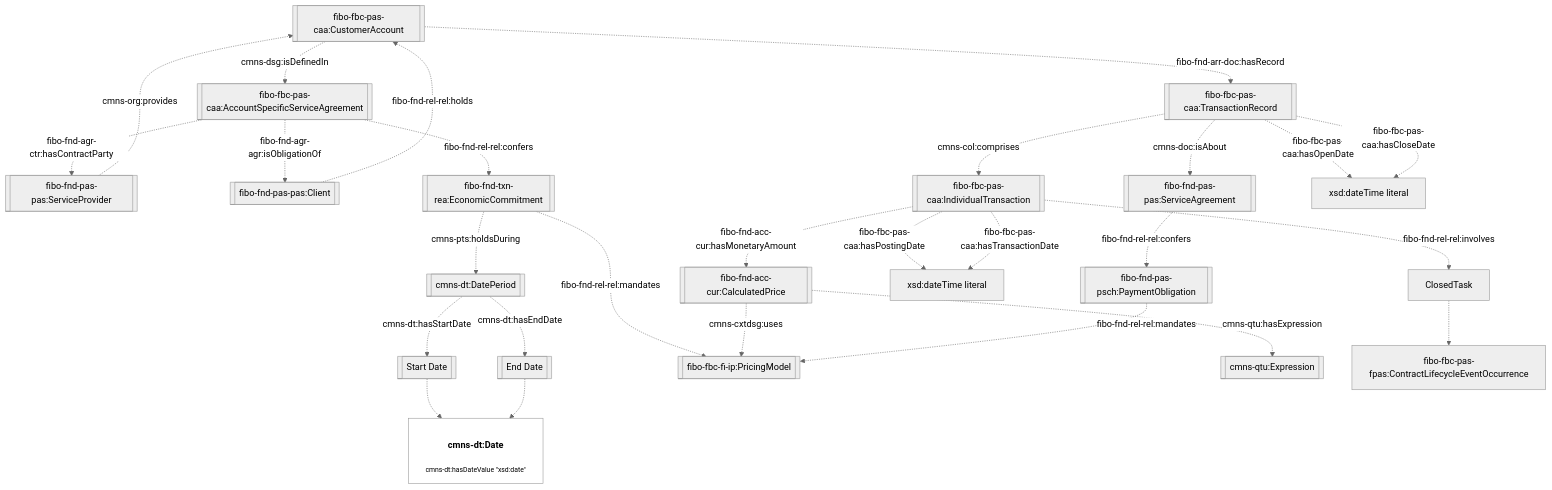
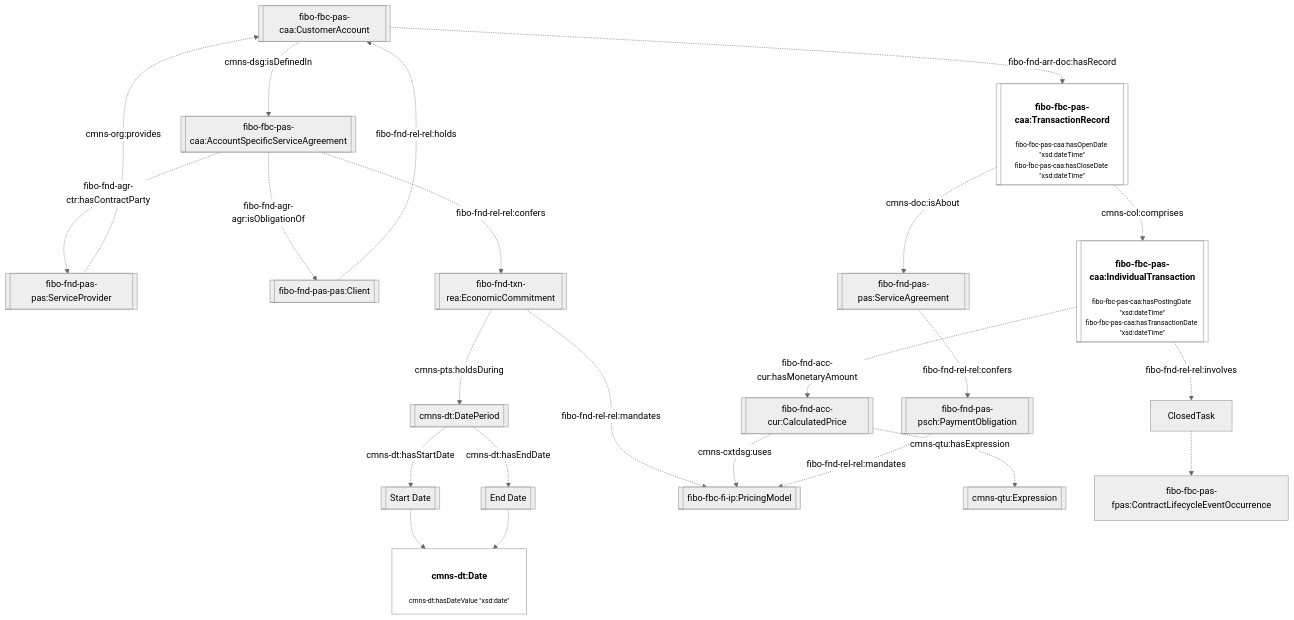
Diagram 15 of 18 in ontology/ontoservice/README.md (TheWorldAvatar/ontology), drawn with Mermaid (neutral theme) before and after one commit.

Commit message:
qhouyee/23/ontoservice-accounts-extension: move literals to literal format

````diff
--- a/ontology/ontoservice/README.md
+++ b/ontology/ontoservice/README.md
@@ -513,42 +513,37 @@
 ```mermaid
    flowchart TD
    %% Styling
    classDef literal fill:none
    classDef node overflow-wrap:break-word,text-wrap:pretty
    linkStyle default overflow-wrap:break-word,text-wrap:pretty;
 
    %% Contents
    CustomerAccount[[fibo-fbc-pas-caa:CustomerAccount]] -. cmns-dsg:isDefinedIn .-> Agreement[[fibo-fbc-pas-caa:AccountSpecificServiceAgreement]]
    Agreement -. fibo-fnd-agr-ctr:hasContractParty .-> ServiceProvider[[fibo-fnd-pas-pas:ServiceProvider]] 
    Agreement -. fibo-fnd-agr-agr:isObligationOf .-> Client[[fibo-fnd-pas-pas:Client]]
 
    Agreement -. fibo-fnd-rel-rel:confers .-> EconomicCommitment[[fibo-fnd-txn-rea:EconomicCommitment]]
    EconomicCommitment -. cmns-pts:holdsDuring .-> DatePeriod[[cmns-dt:DatePeriod]]
    DatePeriod -. cmns-dt:hasStartDate .-> StartDate[[Start Date]]
    DatePeriod -. cmns-dt:hasEndDate .-> EndDate[[End Date]]
    StartDate -.-> Date["<h4>cmns-dt:Date</h4><p style='font-size:0.75rem;'>cmns-dt:hasDateValue &quot;xsd:date&quot;</p>"]:::literal
    EndDate -.-> Date
 
    EconomicCommitment -. fibo-fnd-rel-rel:mandates .-> PricingModel[[fibo-fbc-fi-ip:PricingModel]]
    CalculatedPrice[[fibo-fnd-acc-cur:CalculatedPrice]] -. cmns-cxtdsg:uses .-> PricingModel
 
    Client -. fibo-fnd-rel-rel:holds .-> CustomerAccount
    ServiceProvider -. cmns-org:provides .-> CustomerAccount
    
-   CustomerAccount -. fibo-fnd-arr-doc:hasRecord .-> TransactionRecord[[fibo-fbc-pas-caa:TransactionRecord]]
+   CustomerAccount -. fibo-fnd-arr-doc:hasRecord .-> TransactionRecord[["<h4>fibo-fbc-pas-caa:TransactionRecord</h4><p style='font-size:0.75rem;'>fibo-fbc-pas-caa:hasOpenDate &quot;xsd:dateTime&quot;<br>fibo-fbc-pas-caa:hasCloseDate &quot;xsd:dateTime&quot;</p>"]]:::literal
    TransactionRecord -. cmns-doc:isAbout .-> ServiceAgreement[[fibo-fnd-pas-pas:ServiceAgreement]]
    ServiceAgreement -. fibo-fnd-rel-rel:confers .-> PaymentObligation[[fibo-fnd-pas-psch:PaymentObligation]]
    PaymentObligation -. fibo-fnd-rel-rel:mandates .-> PricingModel
 
-   TransactionRecord -. cmns-col:comprises .-> IndividualTransaction[[fibo-fbc-pas-caa:IndividualTransaction]]
-   IndividualTransaction -. fibo-fbc-pas-caa:hasPostingDate .-> DateTime2["xsd:dateTime literal</p>"]
-   IndividualTransaction -. fibo-fbc-pas-caa:hasTransactionDate .-> DateTime2
+   TransactionRecord -. cmns-col:comprises .-> IndividualTransaction[["<h4>fibo-fbc-pas-caa:IndividualTransaction</h4><p style='font-size:0.75rem;'>fibo-fbc-pas-caa:hasPostingDate &quot;xsd:dateTime&quot;<br>fibo-fbc-pas-caa:hasTransactionDate &quot;xsd:dateTime&quot;</p>"]]:::literal
    IndividualTransaction -. fibo-fnd-acc-cur:hasMonetaryAmount .-> CalculatedPrice
    CalculatedPrice -. cmns-qtu:hasExpression .-> CalculationExpression[[cmns-qtu:Expression]]
-
-   TransactionRecord -. fibo-fbc-pas-caa:hasOpenDate .-> DateTime["xsd:dateTime literal</p>"]
-   TransactionRecord -. fibo-fbc-pas-caa:hasCloseDate .-> DateTime
 
    IndividualTransaction -. fibo-fnd-rel-rel:involves .-> ClosedTask
    ClosedTask -.->  fibo-fbc-pas-fpas:ContractLifecycleEventOccurrence
 ```
````
